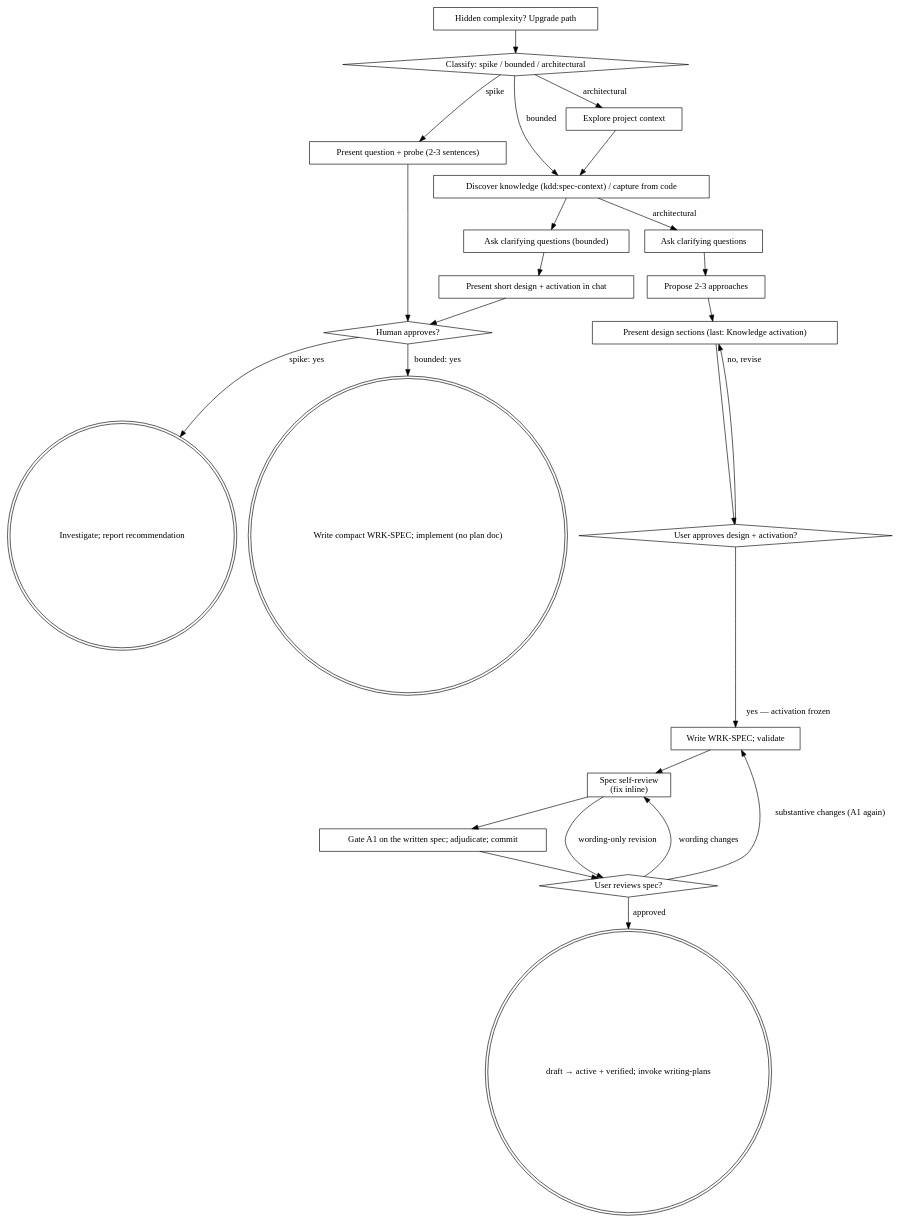
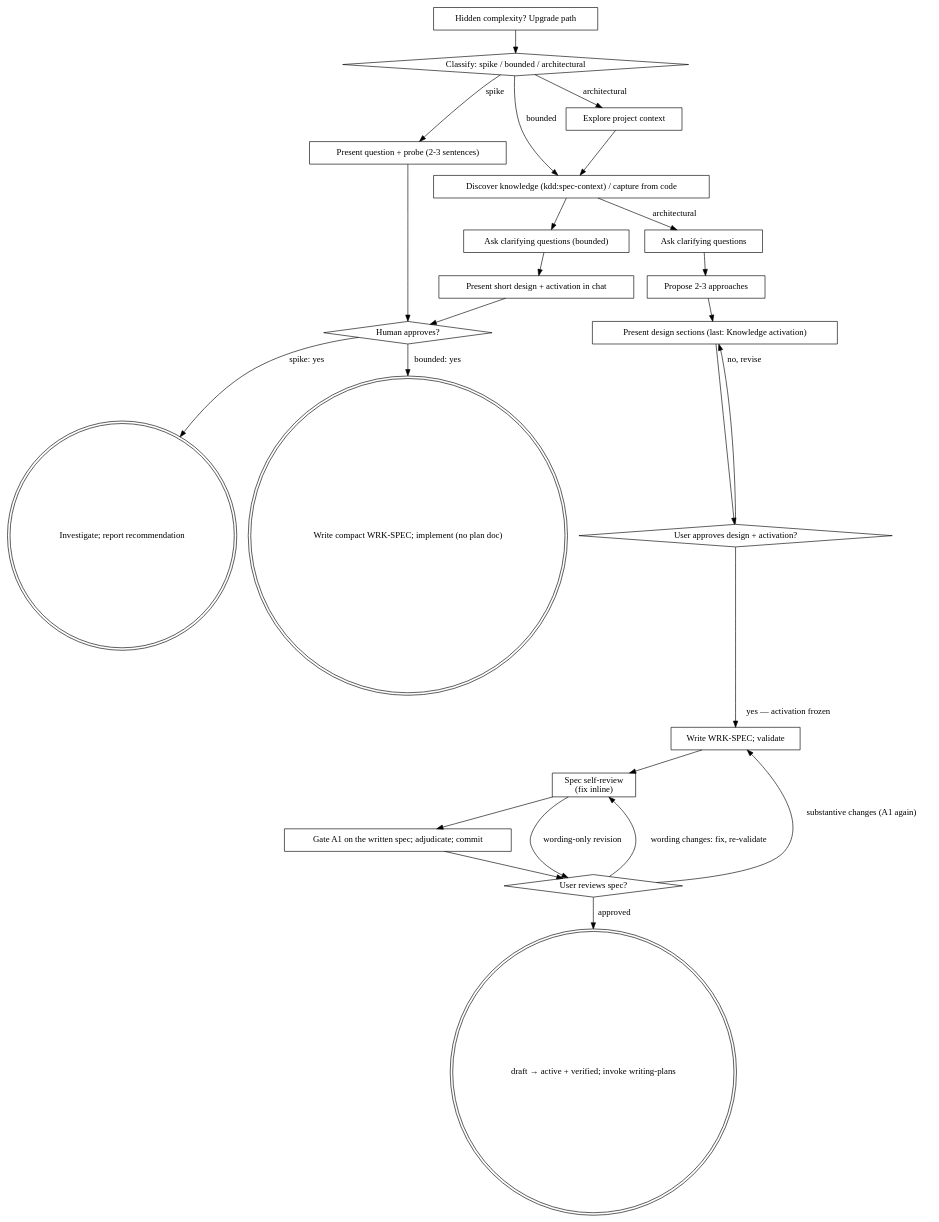
One commit to jmbruzos/superpowers changed the diagram in skills/brainstorming/SKILL.md. Above: the diagram before and after it, drawn with Graphviz. The commit also changed 5 other files, not shown here.

First line of the commit message:
fix(WRK-PLAN-FORK-GATES-001): final review — FRAG-FORK-TOKENS-002 turn claim matches its data; validate checks anchored; wording-only review re-validates; CLAUDE_CODE_OAUTH_TOKEN documented

````diff
--- a/skills/brainstorming/SKILL.md
+++ b/skills/brainstorming/SKILL.md
@@ -120,48 +120,48 @@
 ```dot
 digraph brainstorming {
     "Classify: spike / bounded / architectural" [shape=diamond];
     "Present question + probe (2-3 sentences)" [shape=box];
     "Discover knowledge (kdd:spec-context) / capture from code" [shape=box];
     "Ask clarifying questions (bounded)" [shape=box];
     "Present short design + activation in chat" [shape=box];
     "Human approves?" [shape=diamond];
     "Investigate; report recommendation" [shape=doublecircle];
     "Write compact WRK-SPEC; implement (no plan doc)" [shape=doublecircle];
     "Explore project context" [shape=box];
     "Ask clarifying questions" [shape=box];
     "Propose 2-3 approaches" [shape=box];
     "Present design sections (last: Knowledge activation)" [shape=box];
     "User approves design + activation?" [shape=diamond];
     "Gate A1 on the written spec; adjudicate; commit" [shape=box];
     "Write WRK-SPEC; validate" [shape=box];
     "Spec self-review\n(fix inline)" [shape=box];
     "User reviews spec?" [shape=diamond];
     "draft → active + verified; invoke writing-plans" [shape=doublecircle];
     "Hidden complexity? Upgrade path" [shape=box];
 
     "Classify: spike / bounded / architectural" -> "Present question + probe (2-3 sentences)" [label="spike"];
     "Classify: spike / bounded / architectural" -> "Discover knowledge (kdd:spec-context) / capture from code" [label="bounded"];
     "Classify: spike / bounded / architectural" -> "Explore project context" [label="architectural"];
     "Present question + probe (2-3 sentences)" -> "Human approves?";
     "Discover knowledge (kdd:spec-context) / capture from code" -> "Ask clarifying questions (bounded)";
     "Ask clarifying questions (bounded)" -> "Present short design + activation in chat";
     "Present short design + activation in chat" -> "Human approves?";
     "Human approves?" -> "Investigate; report recommendation" [label="spike: yes"];
     "Human approves?" -> "Write compact WRK-SPEC; implement (no plan doc)" [label="bounded: yes"];
     "Hidden complexity? Upgrade path" -> "Classify: spike / bounded / architectural";
     "Explore project context" -> "Discover knowledge (kdd:spec-context) / capture from code";
     "Discover knowledge (kdd:spec-context) / capture from code" -> "Ask clarifying questions" [label="architectural"];
     "Ask clarifying questions" -> "Propose 2-3 approaches";
     "Propose 2-3 approaches" -> "Present design sections (last: Knowledge activation)";
     "Present design sections (last: Knowledge activation)" -> "User approves design + activation?";
     "User approves design + activation?" -> "Present design sections (last: Knowledge activation)" [label="no, revise"];
     "User approves design + activation?" -> "Write WRK-SPEC; validate" [label="yes — activation frozen"];
     "Write WRK-SPEC; validate" -> "Spec self-review\n(fix inline)";
     "Spec self-review\n(fix inline)" -> "Gate A1 on the written spec; adjudicate; commit";
     "Gate A1 on the written spec; adjudicate; commit" -> "User reviews spec?";
     "User reviews spec?" -> "Write WRK-SPEC; validate" [label="substantive changes (A1 again)"];
-    "User reviews spec?" -> "Spec self-review\n(fix inline)" [label="wording changes"];
+    "User reviews spec?" -> "Spec self-review\n(fix inline)" [label="wording changes: fix, re-validate"];
     "Spec self-review\n(fix inline)" -> "User reviews spec?" [label="wording-only revision"];
     "User reviews spec?" -> "draft → active + verified; invoke writing-plans" [label="approved"];
 }
 ```
````
